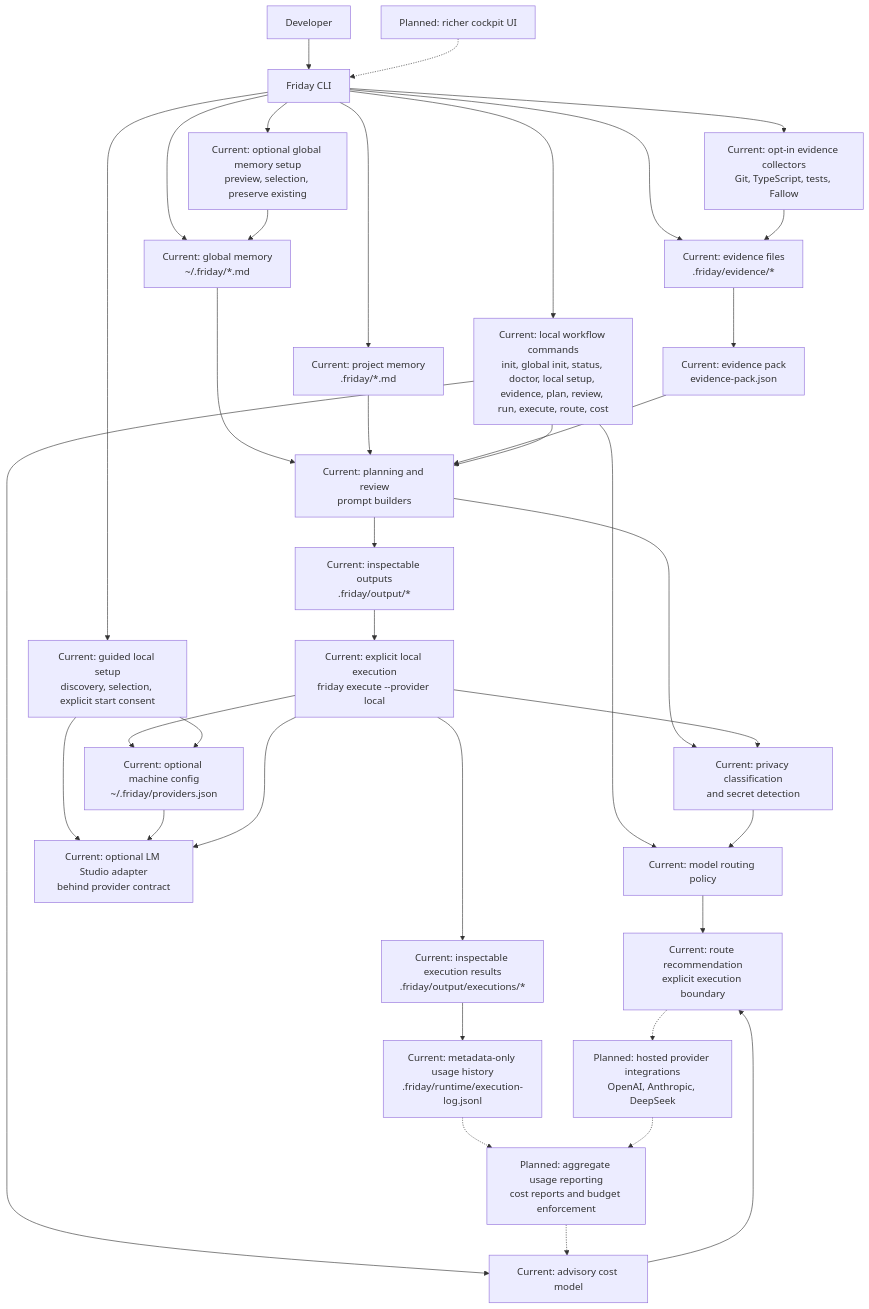
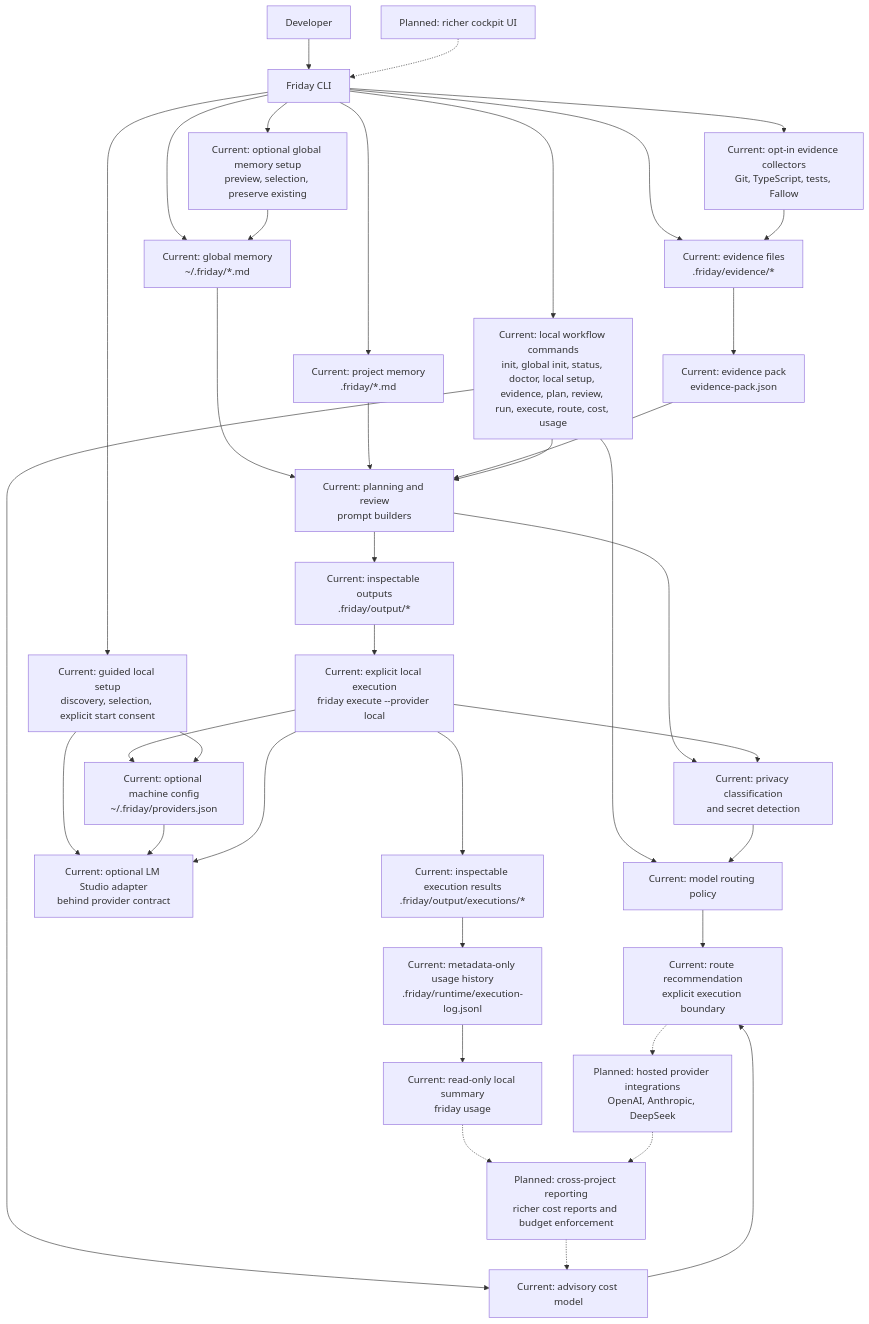
One commit to MikeBlakeway/friday changed the diagram in docs/architecture.md. Above: the diagram before and after it, drawn with Mermaid. The commit also changed other lines of this file and 16 other files, not shown here.

Commit message:
feat(FRI-061): expose local execution usage (#65)

````diff
--- a/docs/architecture.md
+++ b/docs/architecture.md
@@ -14,44 +14,45 @@
 ```mermaid
 flowchart TD
   Developer[Developer] --> CLI[Friday CLI]
 
   CLI --> CurrentGlobalMemory[Current: global memory<br/>~/.friday/*.md]
   CLI --> CurrentProjectMemory[Current: project memory<br/>.friday/*.md]
   CLI --> CurrentEvidence[Current: evidence files<br/>.friday/evidence/*]
-  CLI --> CurrentCommands[Current: local workflow commands<br/>init, global init, status, doctor, local setup, evidence, plan, review, run, execute, route, cost]
+  CLI --> CurrentCommands[Current: local workflow commands<br/>init, global init, status, doctor, local setup, evidence, plan, review, run, execute, route, cost, usage]
 
   CurrentGlobalMemory --> PromptBuilders[Current: planning and review<br/>prompt builders]
   CurrentProjectMemory --> PromptBuilders
   CurrentEvidence --> EvidencePack[Current: evidence pack<br/>evidence-pack.json]
   EvidencePack --> PromptBuilders
   CurrentCommands --> PromptBuilders
 
   PromptBuilders --> PrivacySafety[Current: privacy classification<br/>and secret detection]
   CurrentCommands --> RoutePolicy[Current: model routing policy]
   CurrentCommands --> CostModel[Current: advisory cost model]
 
   PrivacySafety --> RoutePolicy
   RoutePolicy --> Recommendation[Current: route recommendation<br/>explicit execution boundary]
   CostModel --> Recommendation
   PromptBuilders --> LocalOutputs[Current: inspectable outputs<br/>.friday/output/*]
   LocalOutputs --> ExecuteBoundary[Current: explicit local execution<br/>friday execute --provider local]
   ExecuteBoundary --> PrivacySafety
   ExecuteBoundary --> GlobalProviderConfig[Current: optional machine config<br/>~/.friday/providers.json]
   CLI --> GuidedSetup[Current: guided local setup<br/>discovery, selection, explicit start consent]
   CLI --> GlobalMemorySetup[Current: optional global memory setup<br/>preview, selection, preserve existing]
   GlobalMemorySetup --> CurrentGlobalMemory
   GuidedSetup --> GlobalProviderConfig
   GuidedSetup --> CurrentLocalProvider
   GlobalProviderConfig --> CurrentLocalProvider
   ExecuteBoundary --> CurrentLocalProvider[Current: optional LM Studio adapter<br/>behind provider contract]
   ExecuteBoundary --> ExecutionOutputs[Current: inspectable execution results<br/>.friday/output/executions/*]
   ExecutionOutputs --> CurrentUsage[Current: metadata-only usage history<br/>.friday/runtime/execution-log.jsonl]
+  CurrentUsage --> UsageSummary[Current: read-only local summary<br/>friday usage]
 
   CLI --> CurrentCollectors[Current: opt-in evidence collectors<br/>Git, TypeScript, tests, Fallow]
   CurrentCollectors --> CurrentEvidence
   Recommendation -.-> PlannedProviders[Planned: hosted provider integrations<br/>OpenAI, Anthropic, DeepSeek]
-  CurrentUsage -.-> PlannedReporting[Planned: aggregate usage reporting<br/>cost reports and budget enforcement]
+  UsageSummary -.-> PlannedReporting[Planned: cross-project reporting<br/>richer cost reports and budget enforcement]
   PlannedProviders -.-> PlannedReporting
   PlannedReporting -.-> CostModel
   PlannedCockpit[Planned: richer cockpit UI] -.-> CLI
 ```
````
